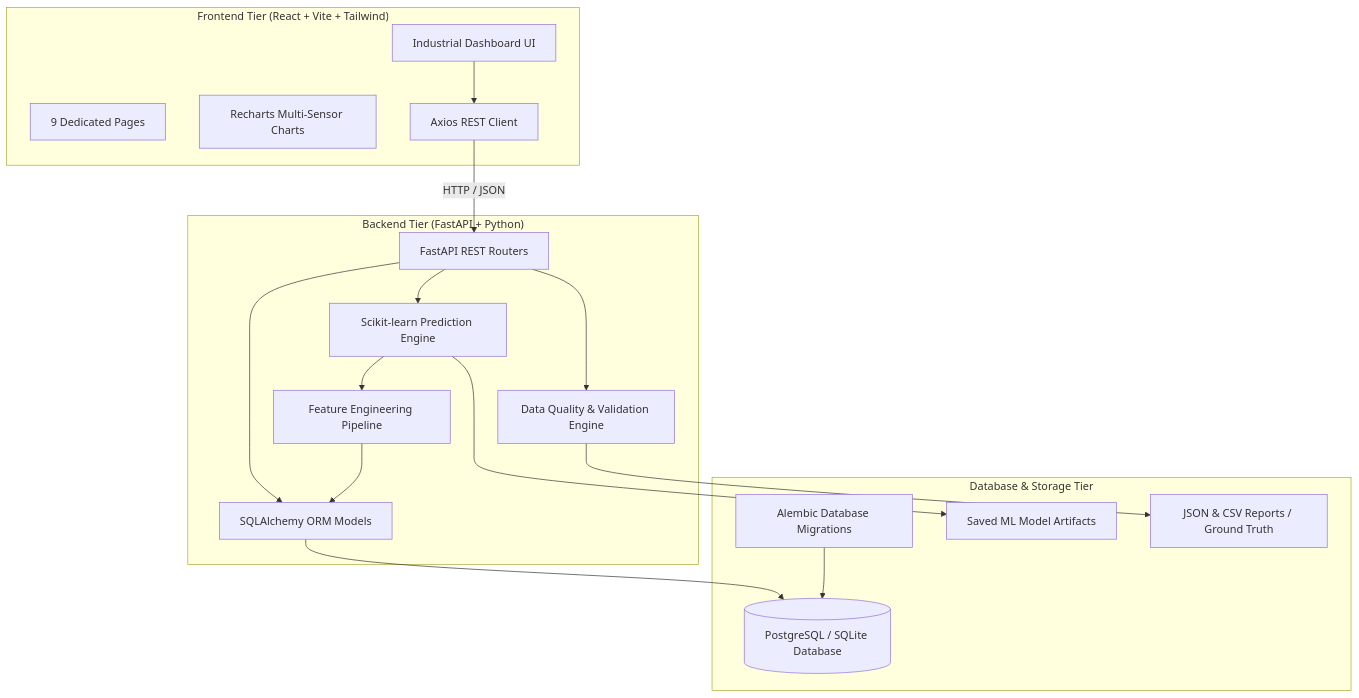
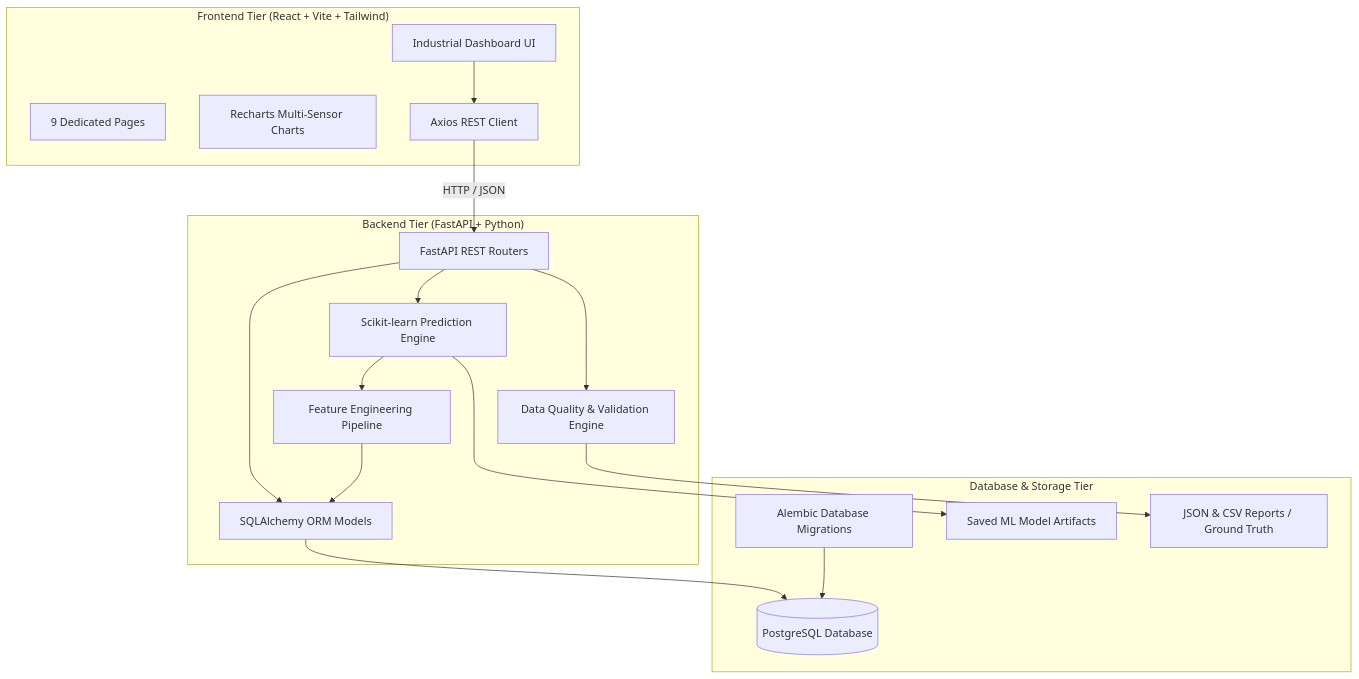
Before and after one commit to poojithaharinath/equipment-failure-prediction-system: the diagram in docs/architecture.md, drawn with Mermaid. The commit also changed other lines of this file and 61 other files, not shown here.

````diff
--- a/docs/architecture.md
+++ b/docs/architecture.md
@@ -7,36 +7,36 @@
 ```mermaid
 flowchart TD
     subgraph Frontend ["Frontend Tier (React + Vite + Tailwind)"]
         UI[Industrial Dashboard UI]
         Pages[9 Dedicated Pages]
         Charts[Recharts Multi-Sensor Charts]
         APIClient[Axios REST Client]
     end
 
     subgraph Backend ["Backend Tier (FastAPI + Python)"]
         Router[FastAPI REST Routers]
         ValidationEngine[Data Quality & Validation Engine]
         MLPredictor[Scikit-learn Prediction Engine]
         FeatureEng[Feature Engineering Pipeline]
         ORM[SQLAlchemy ORM Models]
     end
 
     subgraph Storage ["Database & Storage Tier"]
-        PG[(PostgreSQL / SQLite Database)]
+        PG[(PostgreSQL Database)]
         Alembic[Alembic Database Migrations]
         ModelsRepo[Saved ML Model Artifacts]
         ReportsRepo[JSON & CSV Reports / Ground Truth]
     end
 
     UI --> APIClient
     APIClient -->|HTTP / JSON| Router
     Router --> ValidationEngine
     Router --> MLPredictor
     Router --> ORM
     MLPredictor --> FeatureEng
     FeatureEng --> ORM
     MLPredictor --> ModelsRepo
     ORM --> PG
     Alembic --> PG
     ValidationEngine --> ReportsRepo
 ```
````
